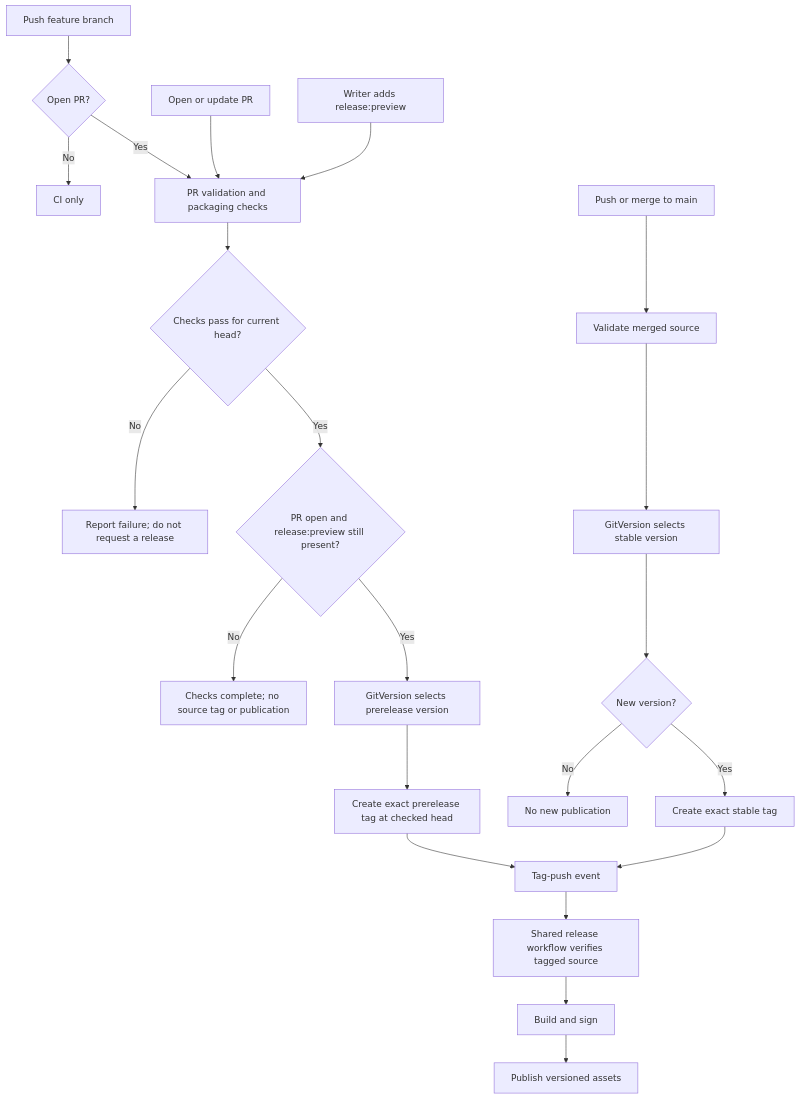
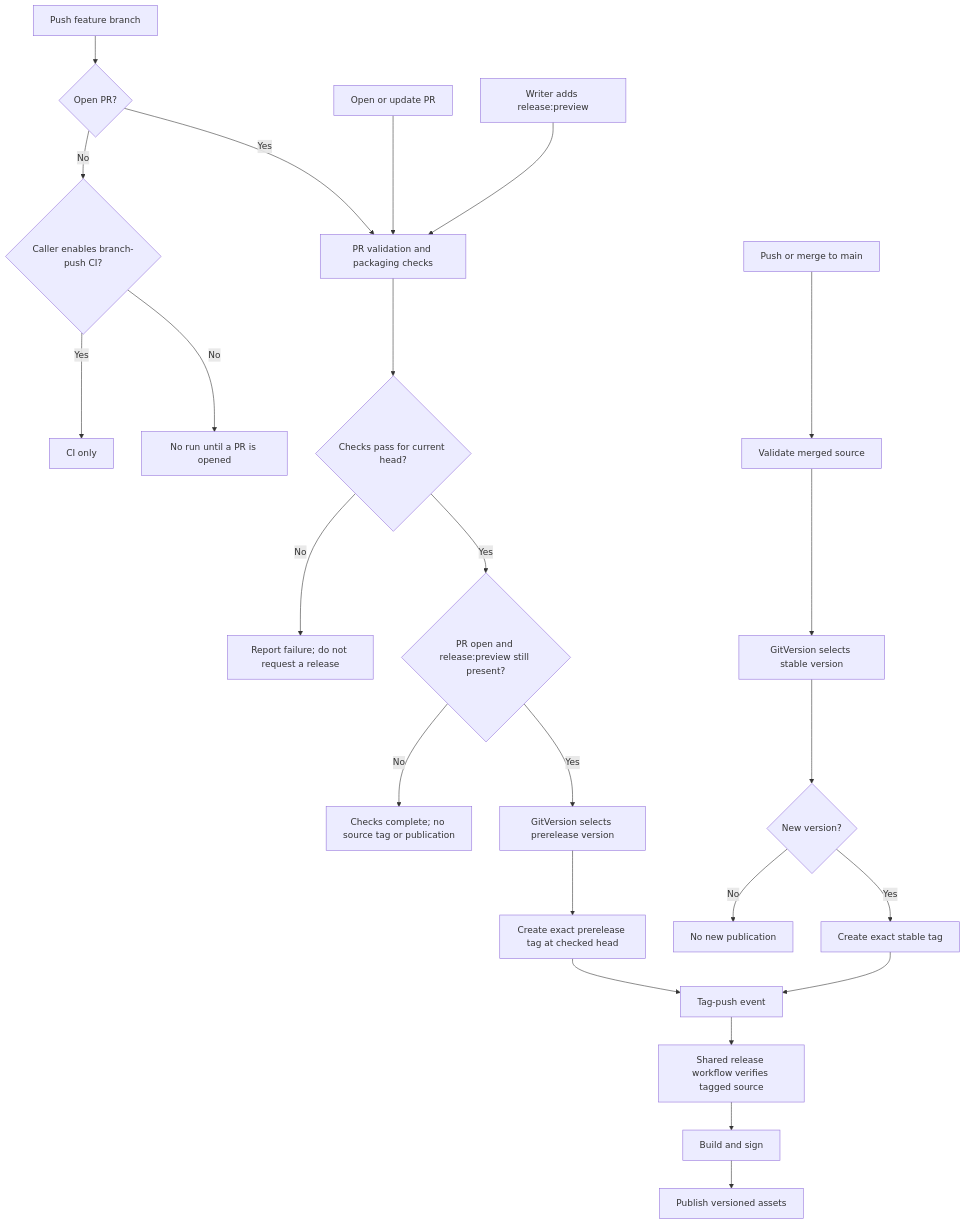
Before and after one commit to vhco-pro/docs: the first of 2 diagrams in knowledge/tag-driven-go-releases.md, drawn with Mermaid. The commit also changed other lines of this file and 1 other file, not shown here.

Commit message:
docs: clarify caller CI policy and branch-native GitVersion [skip ci]

````diff
--- a/knowledge/tag-driven-go-releases.md
+++ b/knowledge/tag-driven-go-releases.md
@@ -78,26 +85,28 @@
 ```mermaid
 flowchart TD
     Push["Push feature branch"] --> Open{"Open PR?"}
-    Open -->|No| BranchCI["CI only"]
+    Open -->|No| PushCI{"Caller enables branch-push CI?"}
+    PushCI -->|Yes| BranchCI["CI only"]
+    PushCI -->|No| NoCI["No run until a PR is opened"]
     Open -->|Yes| PR["PR validation and packaging checks"]
     OpenPR["Open or update PR"] --> PR
     Enable["Writer adds release:preview"] --> PR
     PR --> Passed{"Checks pass for current head?"}
     Passed -->|No| Failed["Report failure; do not request a release"]
     Passed -->|Yes| Enabled{"PR open and release:preview still present?"}
     Enabled -->|No| ChecksOnly["Checks complete; no source tag or publication"]
     Enabled -->|Yes| Preview["GitVersion selects prerelease version"]
     Preview --> PreviewTag["Create exact prerelease tag at checked head"]
 
     Main["Push or merge to main"] --> MainCI["Validate merged source"]
     MainCI --> Stable["GitVersion selects stable version"]
     Stable --> New{"New version?"}
     New -->|No| NoRelease["No new publication"]
     New -->|Yes| StableTag["Create exact stable tag"]
 
     PreviewTag --> Tagged["Tag-push event"]
     StableTag --> Tagged
     Tagged --> Verify["Shared release workflow verifies tagged source"]
     Verify --> Build["Build and sign"]
     Build --> Publish["Publish versioned assets"]
 ```
````
